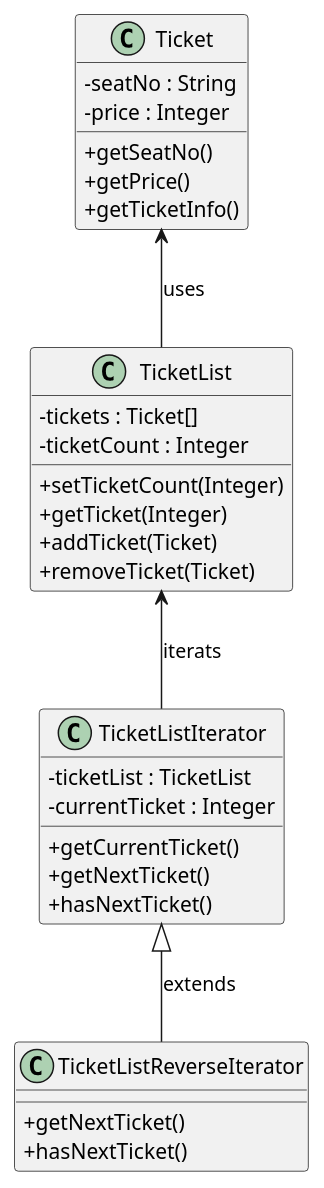
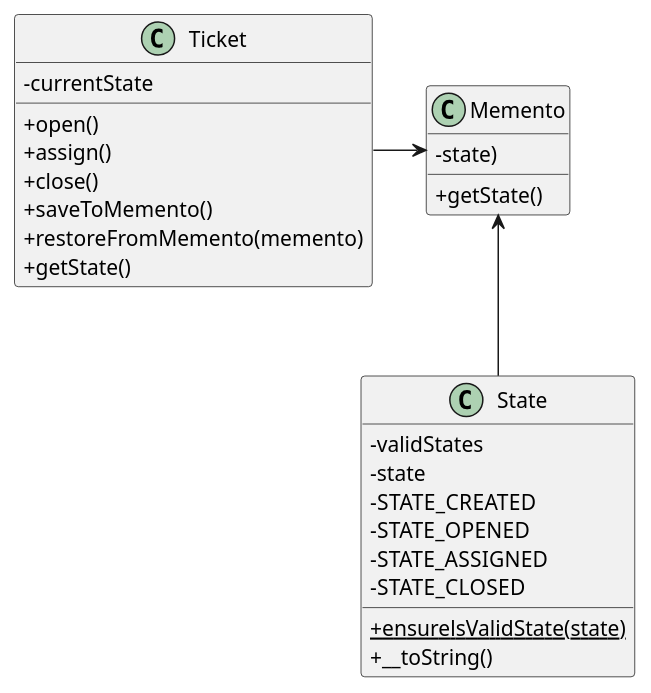
The diagram in Memento_pattern.asciidoc (ahmedAlraimi/Tasarim), drawn with PlantUML before and after one commit.

Commit message:
plantuml

```diff
--- a/Memento_pattern.asciidoc
+++ b/Memento_pattern.asciidoc
@@ -183,41 +183,36 @@
 [plantuml]
 ----
 @startuml
 skinparam classAttributeIconSize 0
 
 class Ticket {
-  {field} - seatNo : String
-  {field} - price : Integer
-  {method} + getSeatNo()
-  {method} + getPrice()
-  {method} + getTicketInfo()
+  {field} - currentState
+  {method} + open()
+  {method} + assign()
+  {method} + close()
+  {method} + saveToMemento()
+  {method} + restoreFromMemento(memento)
+  {method} + getState()
 }
 
-class TicketList {
-  {field} - tickets : Ticket[]
-  {field} - ticketCount : Integer
-  {method} + setTicketCount(Integer)
-  {method} + getTicket(Integer)
-  {method} + addTicket(Ticket)
-  {method} + removeTicket(Ticket)
+class Memento {
+  {field} - state)
+  {method} + getState()
 }
 
-class TicketListIterator {
-  {field} - ticketList : TicketList
-  {field} - currentTicket : Integer
-  {method} + getCurrentTicket()
-  {method} + getNextTicket()
-  {method} + hasNextTicket()
+class State {
+  {field} - validStates
+  {field} - state
+  {field} - STATE_CREATED
+  {field} - STATE_OPENED
+  {field} - STATE_ASSIGNED
+  {field} - STATE_CLOSED
+  {static} + ensurelsValidState(state)
+  {method} + __toString()
 }
 
-class TicketListReverseIterator {
-  {method} + getNextTicket()
-  {method} + hasNextTicket()
-}
 
-TicketListIterator <|-- TicketListReverseIterator : extends
-Ticket <-- TicketList : uses
-TicketList <-- TicketListIterator : iterats
-
+Ticket -> Memento
+Memento <-- State
 @enduml
 ----
```
